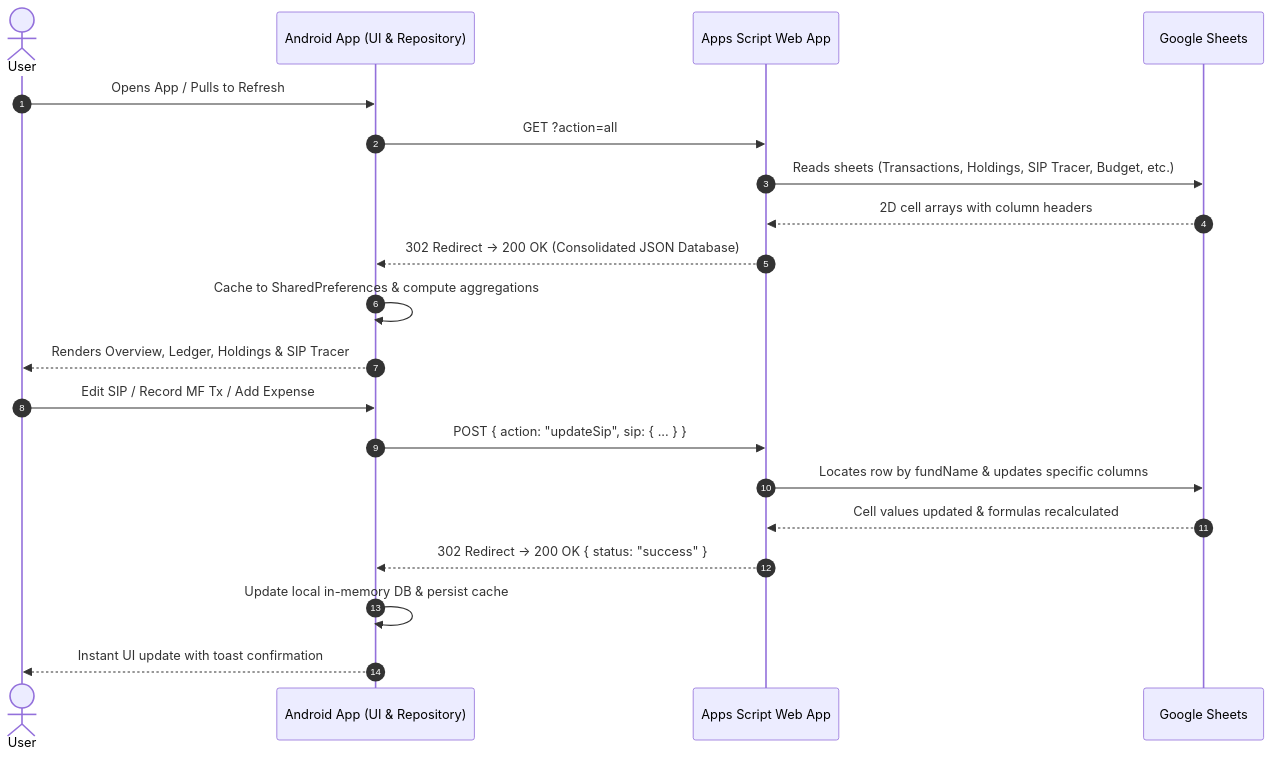
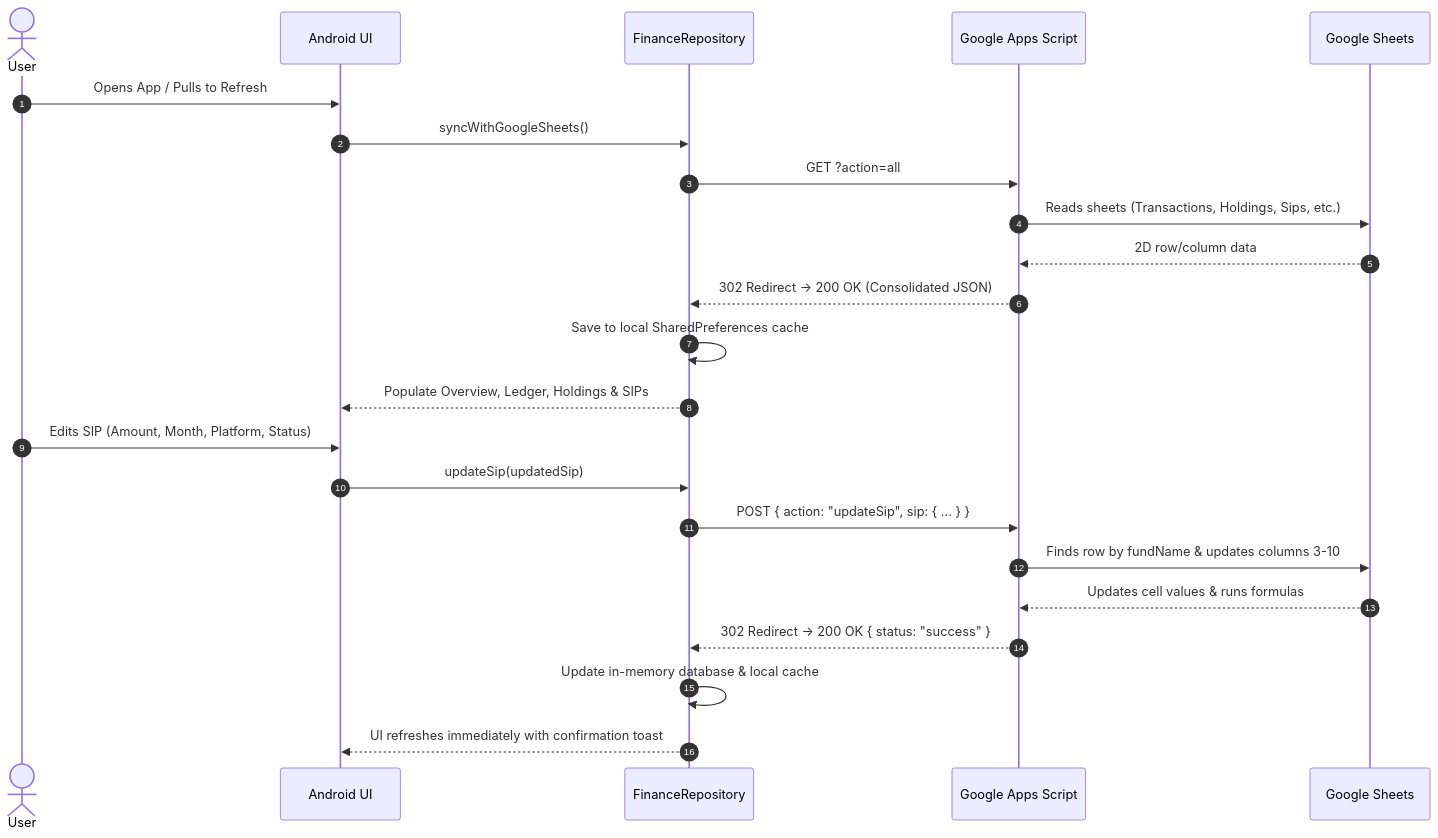
One commit to sayan05052000/Finance-Manager changed the second of 2 diagrams in README.md. Above: the diagram before and after it, drawn with Mermaid. The commit also changed other lines of this file, not shown here.

Commit message:
docs: update README with comprehensive architecture, domain considerations, and debugging guide

````diff
--- a/README.md
+++ b/README.md
@@ -59,24 +160,27 @@
 ```mermaid
 sequenceDiagram
     autonumber
     actor User as User
-    participant App as Android App (UI & Repository)
-    participant GAS as Apps Script Web App
+    participant App as Android UI
+    participant Repo as FinanceRepository
+    participant GAS as Google Apps Script
     participant GSheet as Google Sheets
 
     User->>App: Opens App / Pulls to Refresh
-    App->>GAS: GET ?action=all
-    GAS->>GSheet: Reads sheets (Transactions, Holdings, SIP Tracer, Budget, etc.)
-    GSheet-->>GAS: 2D cell arrays with column headers
-    GAS-->>App: 302 Redirect -> 200 OK (Consolidated JSON Database)
-    App->>App: Cache to SharedPreferences & compute aggregations
-    App-->>User: Renders Overview, Ledger, Holdings & SIP Tracer
+    App->>Repo: syncWithGoogleSheets()
+    Repo->>GAS: GET ?action=all
+    GAS->>GSheet: Reads sheets (Transactions, Holdings, Sips, etc.)
+    GSheet-->>GAS: 2D row/column data
+    GAS-->>Repo: 302 Redirect -> 200 OK (Consolidated JSON)
+    Repo->>Repo: Save to local SharedPreferences cache
+    Repo-->>App: Populate Overview, Ledger, Holdings & SIPs
 
-    User->>App: Edit SIP / Record MF Tx / Add Expense
-    App->>GAS: POST { action: "updateSip", sip: { ... } }
-    GAS->>GSheet: Locates row by fundName & updates specific columns
-    GSheet-->>GAS: Cell values updated & formulas recalculated
-    GAS-->>App: 302 Redirect -> 200 OK { status: "success" }
-    App->>App: Update local in-memory DB & persist cache
-    App-->>User: Instant UI update with toast confirmation
+    User->>App: Edits SIP (Amount, Month, Platform, Status)
+    App->>Repo: updateSip(updatedSip)
+    Repo->>GAS: POST { action: "updateSip", sip: { ... } }
+    GAS->>GSheet: Finds row by fundName & updates columns 3-10
+    GSheet-->>GAS: Updates cell values & runs formulas
+    GAS-->>Repo: 302 Redirect -> 200 OK { status: "success" }
+    Repo->>Repo: Update in-memory database & local cache
+    Repo-->>App: UI refreshes immediately with confirmation toast
 ```
````
